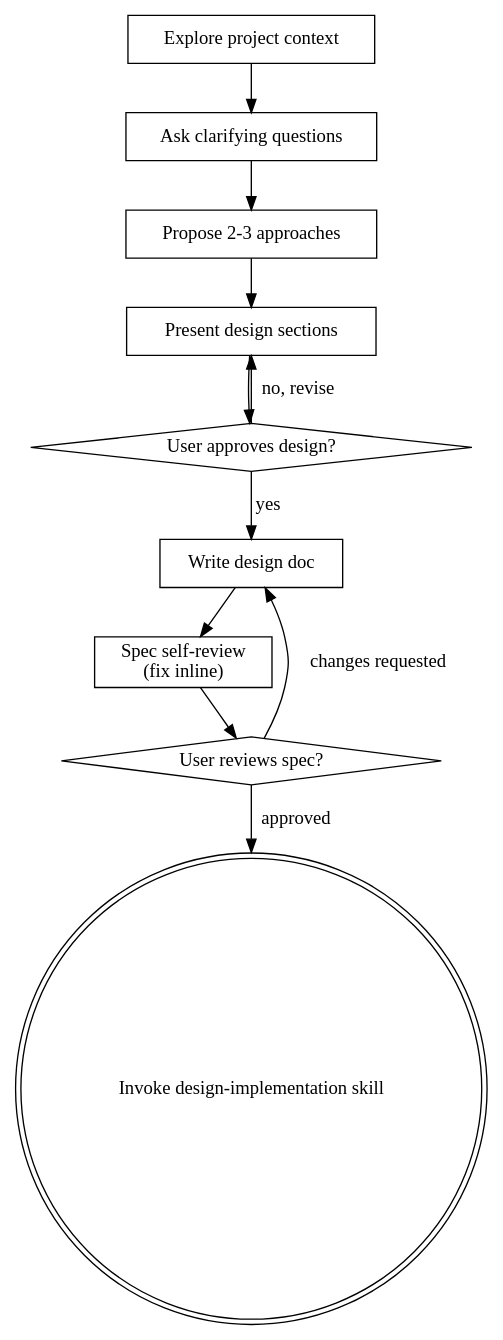
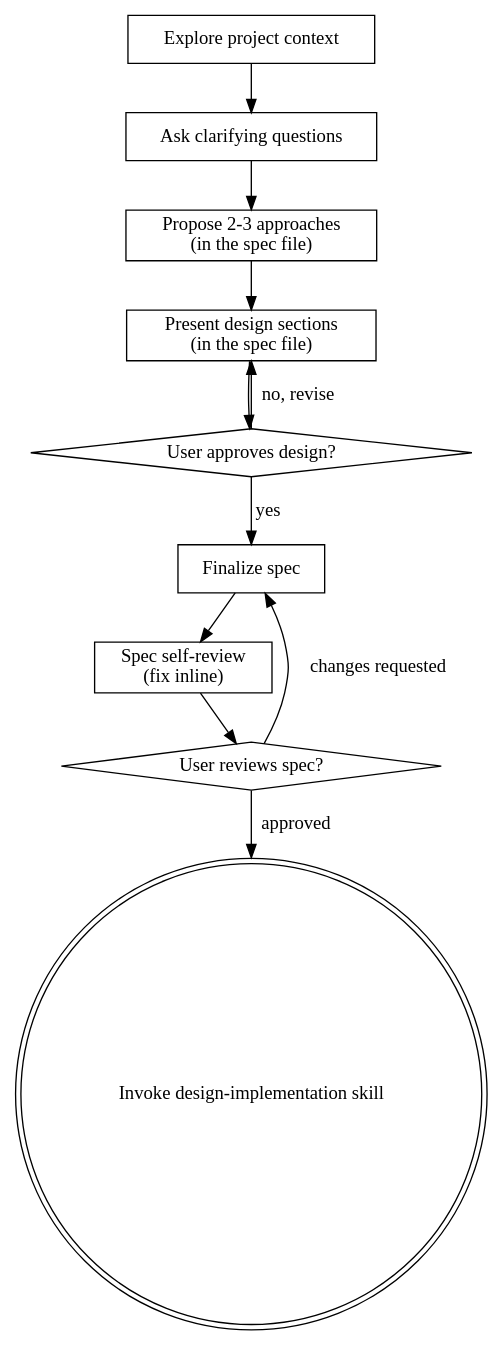
Before and after one commit to tycooon/skills: the diagram in design-brainstorming/SKILL.md, drawn with Graphviz. The commit also changed other lines of this file, not shown here.

First line of the commit message:
design-brainstorming: present approaches and design sections in the spec file (#53)

````diff
--- a/design-brainstorming/SKILL.md
+++ b/design-brainstorming/SKILL.md
@@ -32,24 +32,24 @@
 ```dot
 digraph brainstorming {
     "Explore project context" [shape=box];
     "Ask clarifying questions" [shape=box];
-    "Propose 2-3 approaches" [shape=box];
-    "Present design sections" [shape=box];
+    "Propose 2-3 approaches\n(in the spec file)" [shape=box];
+    "Present design sections\n(in the spec file)" [shape=box];
     "User approves design?" [shape=diamond];
-    "Write design doc" [shape=box];
+    "Finalize spec" [shape=box];
     "Spec self-review\n(fix inline)" [shape=box];
     "User reviews spec?" [shape=diamond];
     "Invoke design-implementation skill" [shape=doublecircle];
 
     "Explore project context" -> "Ask clarifying questions";
-    "Ask clarifying questions" -> "Propose 2-3 approaches";
-    "Propose 2-3 approaches" -> "Present design sections";
-    "Present design sections" -> "User approves design?";
-    "User approves design?" -> "Present design sections" [label="no, revise"];
-    "User approves design?" -> "Write design doc" [label="yes"];
-    "Write design doc" -> "Spec self-review\n(fix inline)";
+    "Ask clarifying questions" -> "Propose 2-3 approaches\n(in the spec file)";
+    "Propose 2-3 approaches\n(in the spec file)" -> "Present design sections\n(in the spec file)";
+    "Present design sections\n(in the spec file)" -> "User approves design?";
+    "User approves design?" -> "Present design sections\n(in the spec file)" [label="no, revise"];
+    "User approves design?" -> "Finalize spec" [label="yes"];
+    "Finalize spec" -> "Spec self-review\n(fix inline)";
     "Spec self-review\n(fix inline)" -> "User reviews spec?";
-    "User reviews spec?" -> "Write design doc" [label="changes requested"];
+    "User reviews spec?" -> "Finalize spec" [label="changes requested"];
     "User reviews spec?" -> "Invoke design-implementation skill" [label="approved"];
 }
 ```
````
